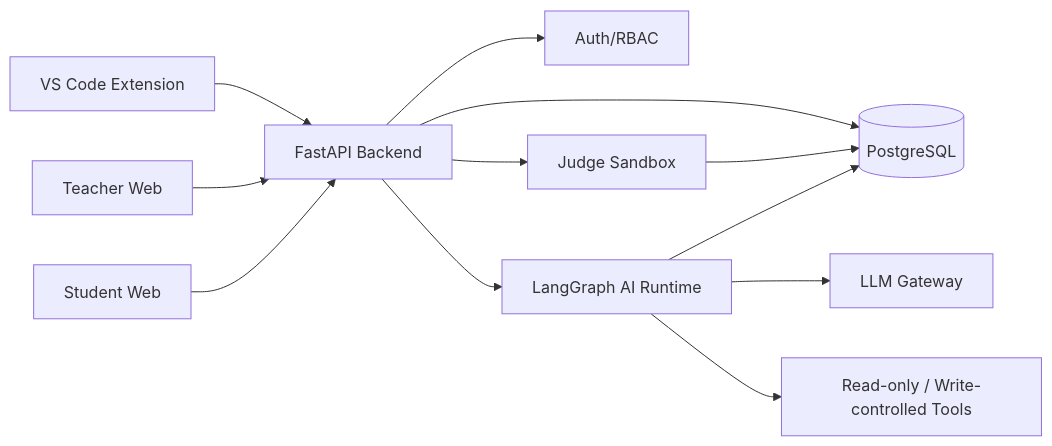
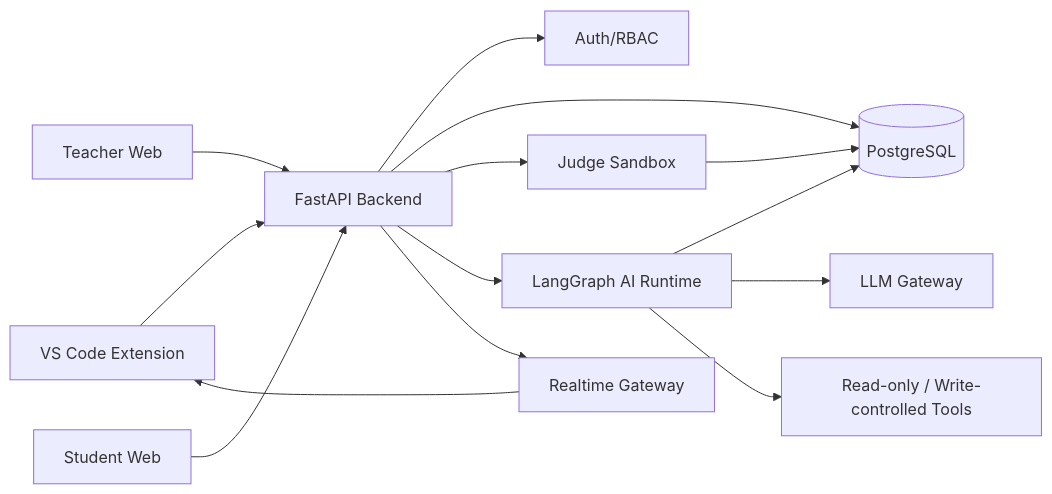
One commit to nguyenthanhduc0901/gen_data_finetune changed the first of 6 diagrams in technical_architecture.md. Above: the diagram before and after it, drawn with Mermaid. The commit also changed other lines of this file and 14 other files, not shown here.

````diff
--- a/technical_architecture.md
+++ b/technical_architecture.md
@@ -22,16 +22,18 @@
 ```mermaid
 flowchart LR
     StudentVS["VS Code Extension"] --> API["FastAPI Backend"]
     TeacherWeb["Teacher Web"] --> API
     StudentWeb["Student Web"] --> API
 
     API --> Auth["Auth/RBAC"]
     API --> DB[("PostgreSQL")]
     API --> Judge["Judge Sandbox"]
     API --> AI["LangGraph AI Runtime"]
+    API --> RT["Realtime Gateway"]
 
     AI --> DB
     AI --> LLM["LLM Gateway"]
     AI --> Tools["Read-only / Write-controlled Tools"]
     Judge --> DB
+    RT --> StudentVS
 ```
````
